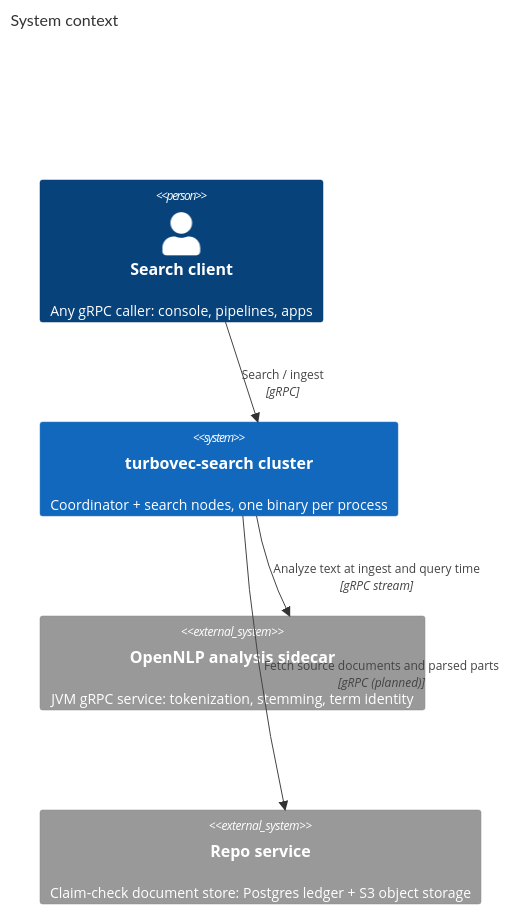
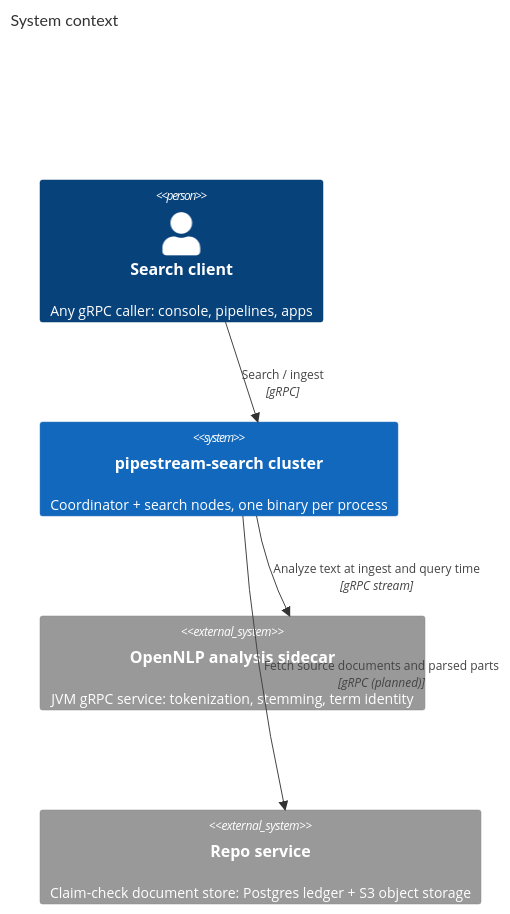
One commit to ai-pipestream/protomolt-search changed the first of 2 diagrams in docs/architecture.md. Above: the diagram before and after it, drawn with Mermaid. The commit also changed other lines of this file and 142 other files, not shown here.

````diff
--- a/docs/architecture.md
+++ b/docs/architecture.md
@@ -27,11 +27,11 @@
 ```mermaid
 C4Context
     title System context
     Person(client, "Search client", "Any gRPC caller: console, pipelines, apps")
-    System(cluster, "turbovec-search cluster", "Coordinator + search nodes, one binary per process")
+    System(cluster, "pipestream-search cluster", "Coordinator + search nodes, one binary per process")
     System_Ext(nlp, "OpenNLP analysis sidecar", "JVM gRPC service: tokenization, stemming, term identity")
     System_Ext(repo, "Repo service", "Claim-check document store: Postgres ledger + S3 object storage")
     Rel(client, cluster, "Search / ingest", "gRPC")
     Rel(cluster, nlp, "Analyze text at ingest and query time", "gRPC stream")
     Rel(cluster, repo, "Fetch source documents and parsed parts", "gRPC (planned)")
 ```
````
